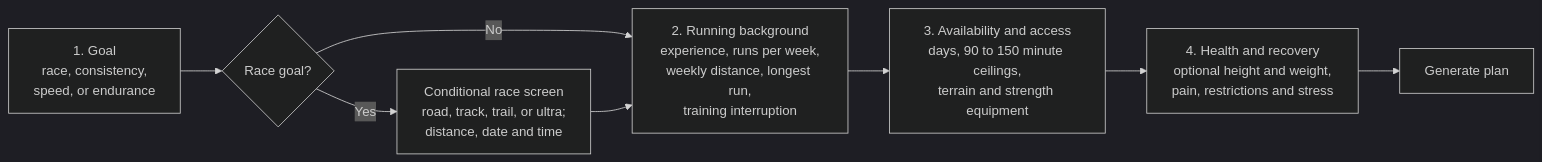
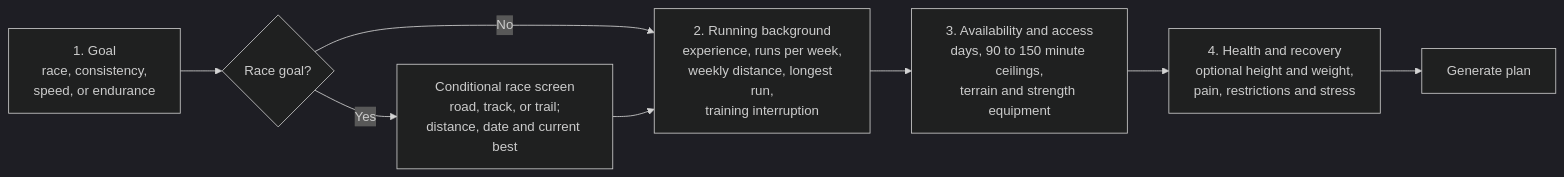
Before and after one commit to vamshikrishnabrungi/Fitness-App: the first of 7 diagrams in docs/training-generation-architecture.md, drawn with Mermaid (dark theme). The commit also changed other lines of this file and 14 other files, not shown here.

Commit message:
Use record targets and collect current race times

````diff
--- a/docs/training-generation-architecture.md
+++ b/docs/training-generation-architecture.md
@@ -13,10 +13,10 @@
 ```mermaid
 flowchart LR
     A[1. Goal<br/>race, consistency,<br/>speed, or endurance] --> R{Race goal?}
-    R -->|Yes| B[Conditional race screen<br/>road, track, trail, or ultra;<br/>distance, date and time]
+    R -->|Yes| B[Conditional race screen<br/>road, track, or trail;<br/>distance, date and current best]
     R -->|No| C
     B --> C[2. Running background<br/>experience, runs per week,<br/>weekly distance, longest run,<br/>training interruption]
     C --> D[3. Availability and access<br/>days, 90 to 150 minute ceilings,<br/>terrain and strength equipment]
     D --> E[4. Health and recovery<br/>optional height and weight,<br/>pain, restrictions and stress]
     E --> F[Generate plan]
 ```
````
